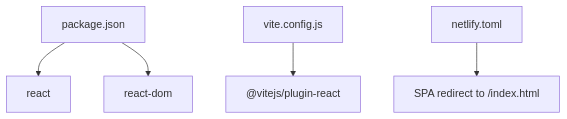
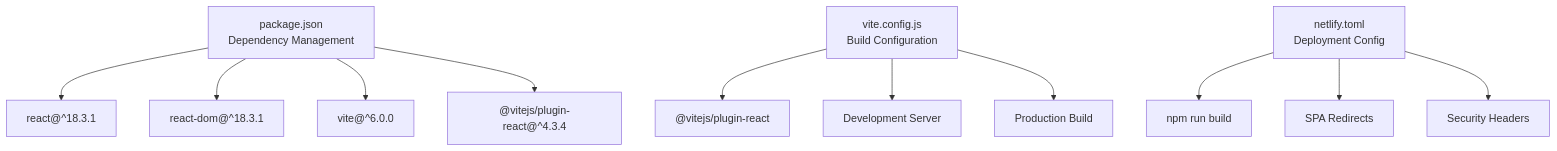
Before and after one commit to KaranMakani/deposit-fixer: the eighth of 8 diagrams in .qoder/repowiki/en/content/Technical Architecture/Technical Architecture.md, drawn with Mermaid. The commit also changed other lines of this file and 10 other files, not shown here.

````diff
--- a/.qoder/repowiki/en/content/Technical Architecture/Technical Architecture.md
+++ b/.qoder/repowiki/en/content/Technical Architecture/Technical Architecture.md
@@ -306,7 +362,13 @@
 ```mermaid
 graph TB
-Pkg["package.json"] --> React["react"]
-Pkg --> ReactDOM["react-dom"]
-ViteCfg["vite.config.js"] --> Plugin["@vitejs/plugin-react"]
-Netlify["netlify.toml"] --> Redirect["SPA redirect to /index.html"]
+Pkg["package.json<br/>Dependency Management"] --> React["react@^18.3.1"]
+Pkg --> ReactDOM["react-dom@^18.3.1"]
+Pkg --> Vite["vite@^6.0.0"]
+Pkg --> VitePlugin["@vitejs/plugin-react@^4.3.4"]
+ViteCfg["vite.config.js<br/>Build Configuration"] --> Plugin["@vitejs/plugin-react"]
+ViteCfg --> DevServer["Development Server"]
+ViteCfg --> ProdBuild["Production Build"]
+Netlify["netlify.toml<br/>Deployment Config"] --> BuildCmd["npm run build"]
+Netlify --> SPA["SPA Redirects"]
+Netlify --> Security["Security Headers"]
 ```
````
